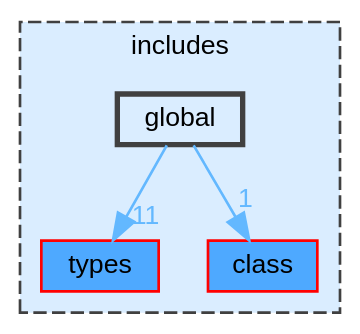
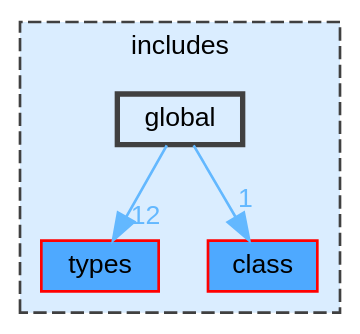
The diagram in dir_ab3240e1f48e07e7724fe257c5d3746b_dep.dot (JS-CMP/JS-CMP), drawn with Graphviz before and after one commit. The commit also changed 202 other files, not shown here.

```diff
--- a/dir_ab3240e1f48e07e7724fe257c5d3746b_dep.dot
+++ b/dir_ab3240e1f48e07e7724fe257c5d3746b_dep.dot
@@ -1,16 +1,16 @@
 digraph "includes/global"
 {
  // LATEX_PDF_SIZE
   bgcolor="transparent";
   edge [fontname=Helvetica,fontsize=10,labelfontname=Helvetica,labelfontsize=10];
   node [fontname=Helvetica,fontsize=10,shape=box,height=0.2,width=0.4];
   compound=true
   subgraph clusterdir_09e761304027c904456130627fd4dcf5 {
     graph [ bgcolor="#daedff", pencolor="grey25", label="includes", fontname=Helvetica,fontsize=10 style="filled,dashed", URL="dir_09e761304027c904456130627fd4dcf5.html",tooltip=""]
   dir_00373071588607d1d83d0faa600e52a0 [label="types", fillcolor="#4ea9ff", color="red", style="filled", URL="dir_00373071588607d1d83d0faa600e52a0.html",tooltip=""];
   dir_6b079f5d9ee168c5f829c0b23b1fe689 [label="class", fillcolor="#4ea9ff", color="red", style="filled", URL="dir_6b079f5d9ee168c5f829c0b23b1fe689.html",tooltip=""];
   dir_ab3240e1f48e07e7724fe257c5d3746b [label="global", fillcolor="#daedff", color="grey25", style="filled,bold", URL="dir_ab3240e1f48e07e7724fe257c5d3746b.html",tooltip=""];
   }
-  dir_ab3240e1f48e07e7724fe257c5d3746b->dir_00373071588607d1d83d0faa600e52a0 [headlabel="11", labeldistance=1.5 headhref="dir_000017_000042.html" href="dir_000017_000042.html" color="steelblue1" fontcolor="steelblue1"];
+  dir_ab3240e1f48e07e7724fe257c5d3746b->dir_00373071588607d1d83d0faa600e52a0 [headlabel="12", labeldistance=1.5 headhref="dir_000017_000043.html" href="dir_000017_000043.html" color="steelblue1" fontcolor="steelblue1"];
   dir_ab3240e1f48e07e7724fe257c5d3746b->dir_6b079f5d9ee168c5f829c0b23b1fe689 [headlabel="1", labeldistance=1.5 headhref="dir_000017_000006.html" href="dir_000017_000006.html" color="steelblue1" fontcolor="steelblue1"];
 }
```
